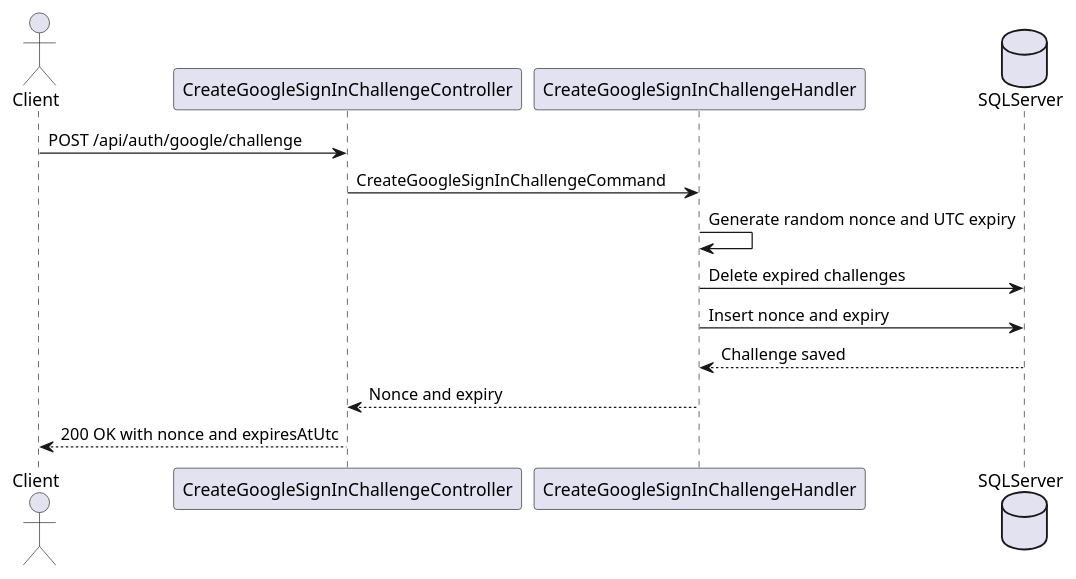
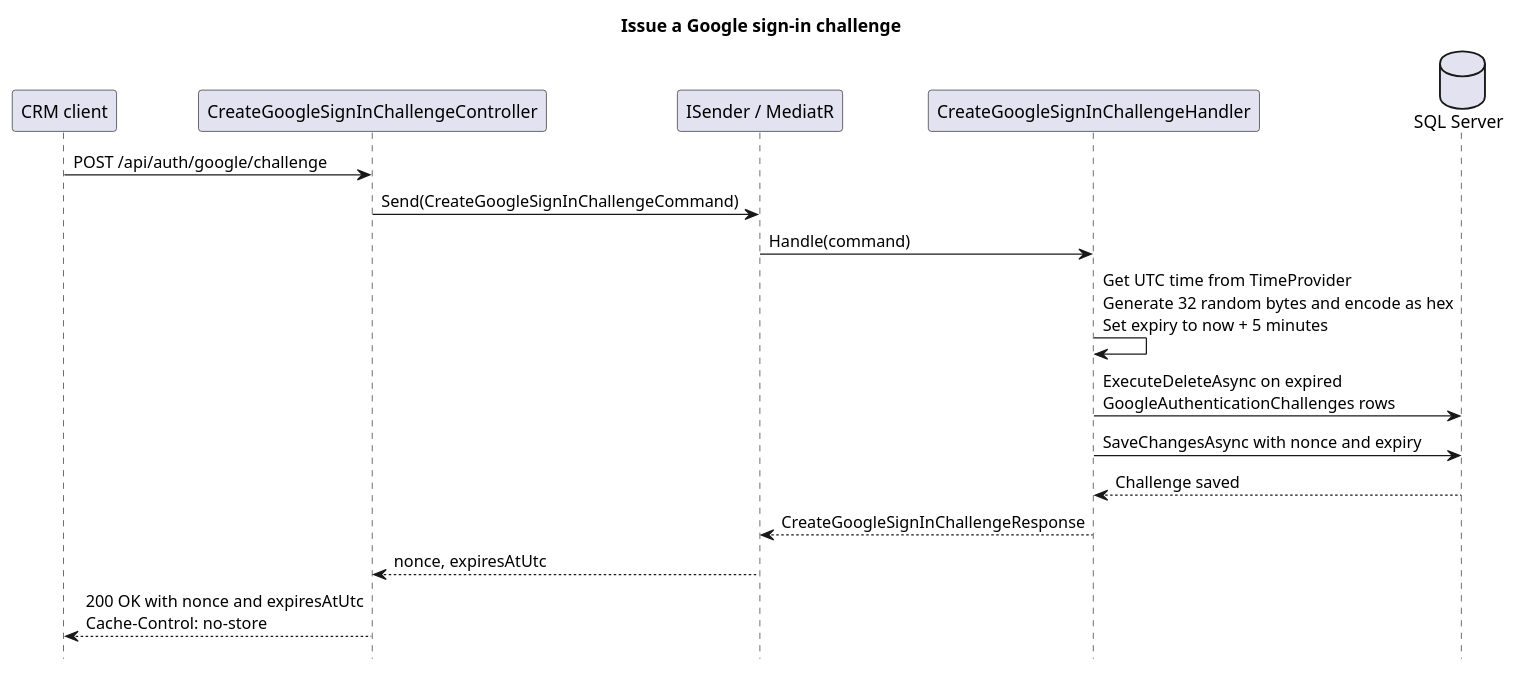
Before and after one commit to JStec0312/Tutoring-CRM-System: the diagram in docs/technical_docs/backend_docs/user_stories/us_073/diagrams/create-google-sign-in-challenge.puml, drawn with PlantUML. The commit also changed 21 other files, not shown here.

Commit message:
re #167 added sign in with google button now and completed docs

```diff
--- a/docs/technical_docs/backend_docs/user_stories/us_073/diagrams/create-google-sign-in-challenge.puml
+++ b/docs/technical_docs/backend_docs/user_stories/us_073/diagrams/create-google-sign-in-challenge.puml
@@ -1,15 +1,21 @@
-@startuml
-actor Client
+@startuml create-google-sign-in-challenge
+title Issue a Google sign-in challenge
+hide footbox
+
+participant "CRM client" as Client
 participant CreateGoogleSignInChallengeController as Controller
+participant "ISender / MediatR" as Mediator
 participant CreateGoogleSignInChallengeHandler as Handler
-database SQLServer as Database
+database "SQL Server" as Database
 
 Client -> Controller: POST /api/auth/google/challenge
-Controller -> Handler: CreateGoogleSignInChallengeCommand
-Handler -> Handler: Generate random nonce and UTC expiry
-Handler -> Database: Delete expired challenges
-Handler -> Database: Insert nonce and expiry
+Controller -> Mediator: Send(CreateGoogleSignInChallengeCommand)
+Mediator -> Handler: Handle(command)
+Handler -> Handler: Get UTC time from TimeProvider\nGenerate 32 random bytes and encode as hex\nSet expiry to now + 5 minutes
+Handler -> Database: ExecuteDeleteAsync on expired\nGoogleAuthenticationChallenges rows
+Handler -> Database: SaveChangesAsync with nonce and expiry
 Database --> Handler: Challenge saved
-Handler --> Controller: Nonce and expiry
-Controller --> Client: 200 OK with nonce and expiresAtUtc
+Handler --> Mediator: CreateGoogleSignInChallengeResponse
+Mediator --> Controller: nonce, expiresAtUtc
+Controller --> Client: 200 OK with nonce and expiresAtUtc\nCache-Control: no-store
 @enduml
```
